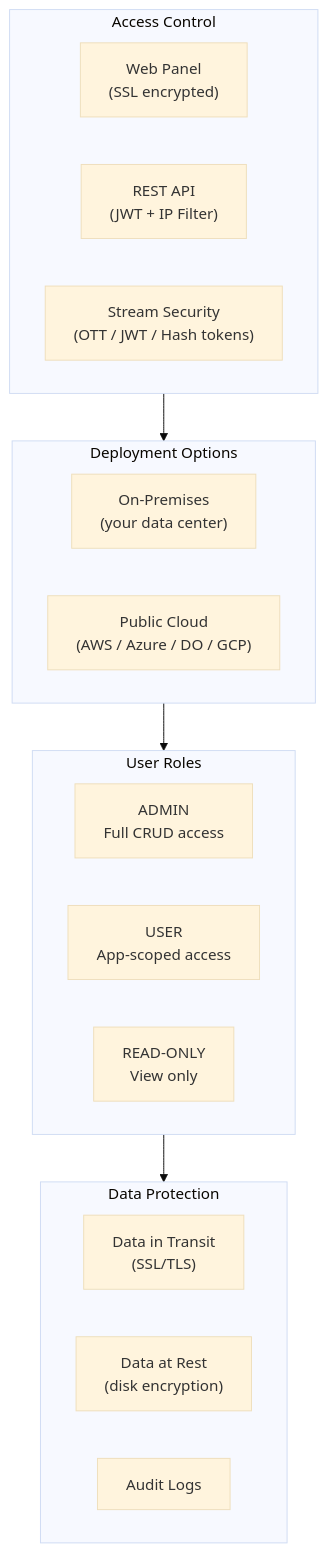
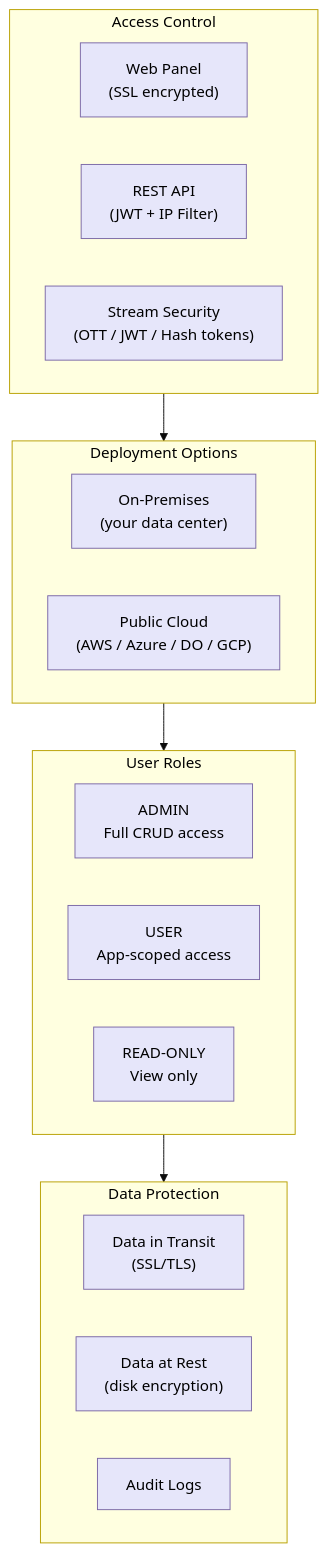
The diagram in docs/get-started/security-and-privacy.md (ant-media/ant-media-documentation), drawn with Mermaid (base theme) before and after one commit.

Commit message:
Style the Security Architecture Mermaid diagram.
Match the reference layout with yellow layer groups, lavender nodes, and left-to-right items in each section.

````diff
--- a/docs/get-started/security-and-privacy.md
+++ b/docs/get-started/security-and-privacy.md
@@ -18,29 +18,41 @@
 ```mermaid
-graph TD
+flowchart TD
     subgraph Access["Access Control"]
+        direction LR
         UI["Web Panel<br/>(SSL encrypted)"]
         API["REST API<br/>(JWT + IP Filter)"]
         Stream["Stream Security<br/>(OTT / JWT / Hash tokens)"]
     end
 
     subgraph Deployment["Deployment Options"]
+        direction LR
         OnPrem["On-Premises<br/>(your data center)"]
         Cloud["Public Cloud<br/>(AWS / Azure / DO / GCP)"]
     end
 
     subgraph Roles["User Roles"]
+        direction LR
         Admin["ADMIN<br/>Full CRUD access"]
         User["USER<br/>App-scoped access"]
         ReadOnly["READ-ONLY<br/>View only"]
     end
 
     subgraph Data["Data Protection"]
+        direction LR
         Transit["Data in Transit<br/>(SSL/TLS)"]
         Rest["Data at Rest<br/>(disk encryption)"]
         Logs["Audit Logs"]
     end
 
     Access --> Deployment
     Deployment --> Roles
     Roles --> Data
+
+    classDef box fill:#E6E6FA,stroke:#7B68A6,color:#000,stroke-width:1px
+    class UI,API,Stream,OnPrem,Cloud,Admin,User,ReadOnly,Transit,Rest,Logs box
+
+    style Access fill:#FFFFE0,stroke:#B8A000,color:#000
+    style Deployment fill:#FFFFE0,stroke:#B8A000,color:#000
+    style Roles fill:#FFFFE0,stroke:#B8A000,color:#000
+    style Data fill:#FFFFE0,stroke:#B8A000,color:#000
 ```
````
